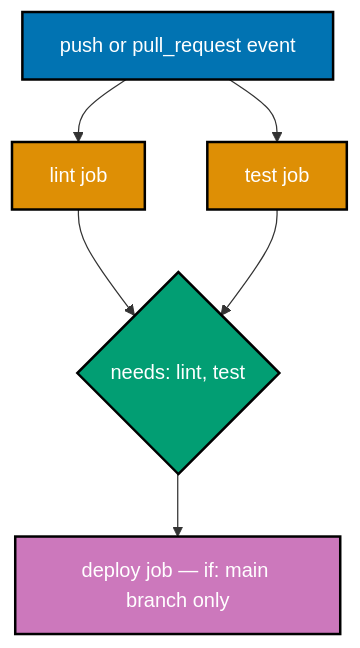
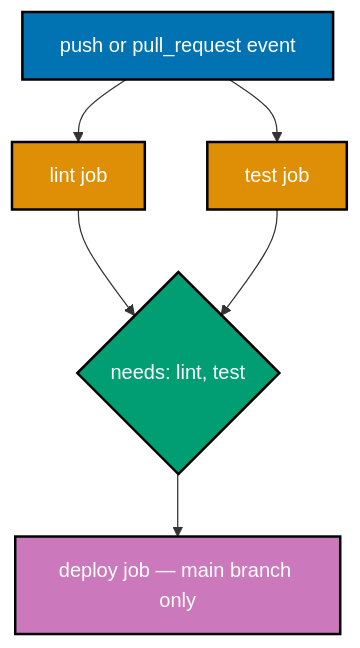
The eighth of 8 diagrams in apps/ayokoding-www/content/en/learn/software-engineering/automation-tools/github-actions/by-example/beginner.md (wahidyankf/baseerah), drawn with Mermaid before and after one commit. The commit also changed other lines of this file and 88 other files, not shown here.

First line of the commit message:
fix(ayokoding-www): resolve pre-existing Mermaid violations, exclude fixtures/plans-done

````diff
--- a/apps/ayokoding-www/content/en/learn/software-engineering/automation-tools/github-actions/by-example/beginner.md
+++ b/apps/ayokoding-www/content/en/learn/software-engineering/automation-tools/github-actions/by-example/beginner.md
@@ -1472,13 +1472,13 @@
 ```mermaid
 graph TD
     A["push or pull_request event"]:::blue --> B["lint job"]:::orange
     A --> C["test job"]:::orange
     B --> D{"needs: lint, test"}:::teal
     C --> D
-    D --> E["deploy job — if: main branch only"]:::purple
+    D --> E["deploy job — main branch only"]:::purple
 
     classDef blue fill:#0173B2,stroke:#000,color:#fff,stroke-width:2px
     classDef orange fill:#DE8F05,stroke:#000,color:#fff,stroke-width:2px
     classDef teal fill:#029E73,stroke:#000,color:#fff,stroke-width:2px
     classDef purple fill:#CC78BC,stroke:#000,color:#fff,stroke-width:2px
 ```
````
